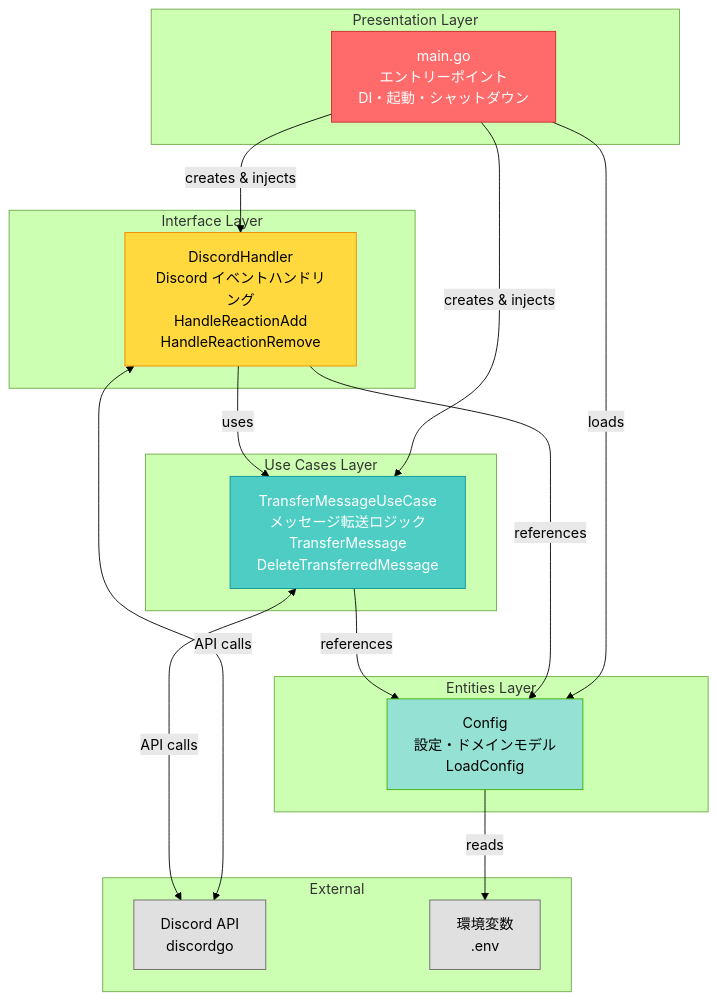
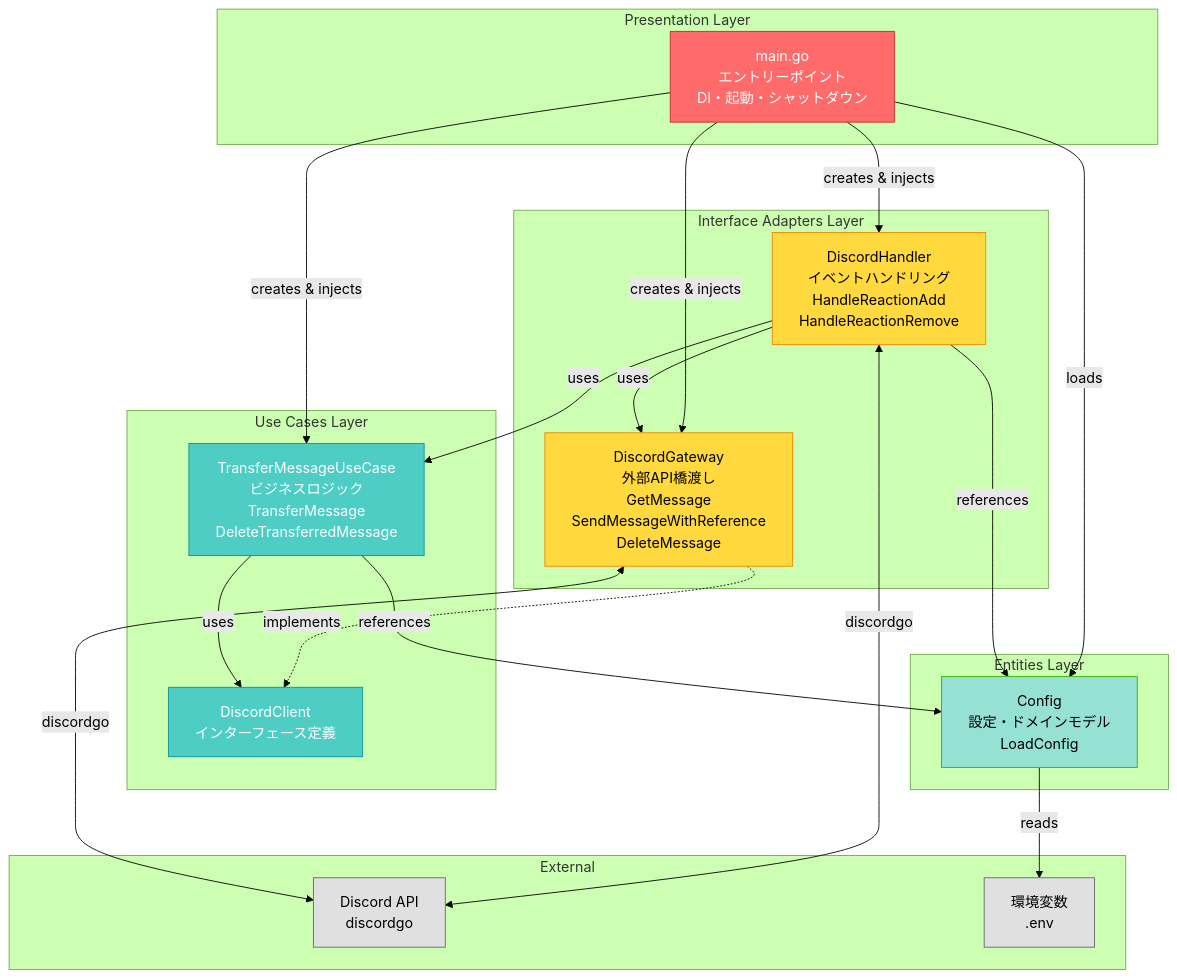
The diagram in docs/architecture.md (TECH-C-InTech/reaction), drawn with Mermaid (forest theme) before and after one commit. The commit also changed other lines of this file and 6 other files, not shown here.

````diff
--- a/docs/architecture.md
+++ b/docs/architecture.md
@@ -5,48 +5,54 @@
 ```mermaid
 graph TB
     subgraph "Presentation Layer"
         MAIN[main.go<br/>エントリーポイント<br/>DI・起動・シャットダウン]
     end
 
-    subgraph "Interface Layer"
-        HANDLER[DiscordHandler<br/>Discord イベントハンドリング<br/>HandleReactionAdd<br/>HandleReactionRemove]
+    subgraph "Interface Adapters Layer"
+        HANDLER[DiscordHandler<br/>イベントハンドリング<br/>HandleReactionAdd<br/>HandleReactionRemove]
+        GATEWAY[DiscordGateway<br/>外部API橋渡し<br/>GetMessage<br/>SendMessageWithReference<br/>DeleteMessage]
     end
 
     subgraph "Use Cases Layer"
-        TRANSFER[TransferMessageUseCase<br/>メッセージ転送ロジック<br/>TransferMessage<br/>DeleteTransferredMessage]
+        TRANSFER[TransferMessageUseCase<br/>ビジネスロジック<br/>TransferMessage<br/>DeleteTransferredMessage]
+        INTERFACE[DiscordClient<br/>インターフェース定義]
     end
 
     subgraph "Entities Layer"
         CONFIG[Config<br/>設定・ドメインモデル<br/>LoadConfig]
     end
 
     subgraph "External"
         DISCORD[Discord API<br/>discordgo]
         ENV[環境変数<br/>.env]
     end
 
     MAIN -->|creates & injects| HANDLER
+    MAIN -->|creates & injects| GATEWAY
     MAIN -->|creates & injects| TRANSFER
     MAIN -->|loads| CONFIG
 
     HANDLER -->|uses| TRANSFER
+    HANDLER -->|uses| GATEWAY
     HANDLER -->|references| CONFIG
 
+    GATEWAY -.->|implements| INTERFACE
+    TRANSFER -->|uses| INTERFACE
     TRANSFER -->|references| CONFIG
 
     CONFIG -->|reads| ENV
-    HANDLER <-->|API calls| DISCORD
-    TRANSFER <-->|API calls| DISCORD
+    HANDLER <-->|discordgo| DISCORD
+    GATEWAY <-->|discordgo| DISCORD
 
     classDef presentation fill:#ff6b6b,stroke:#c92a2a,color:#fff
-    classDef interface fill:#ffd93d,stroke:#f08700,color:#000
+    classDef adapter fill:#ffd93d,stroke:#f08700,color:#000
     classDef usecase fill:#4ecdc4,stroke:#0a9396,color:#fff
     classDef entity fill:#95e1d3,stroke:#38b000,color:#000
     classDef external fill:#e0e0e0,stroke:#666,color:#000
 
     class MAIN presentation
-    class HANDLER interface
-    class TRANSFER usecase
+    class HANDLER,GATEWAY adapter
+    class TRANSFER,INTERFACE usecase
     class CONFIG entity
     class DISCORD,ENV external
 ```
````
